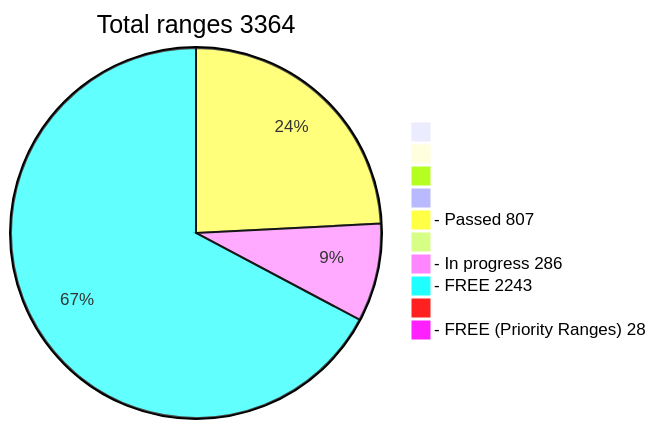
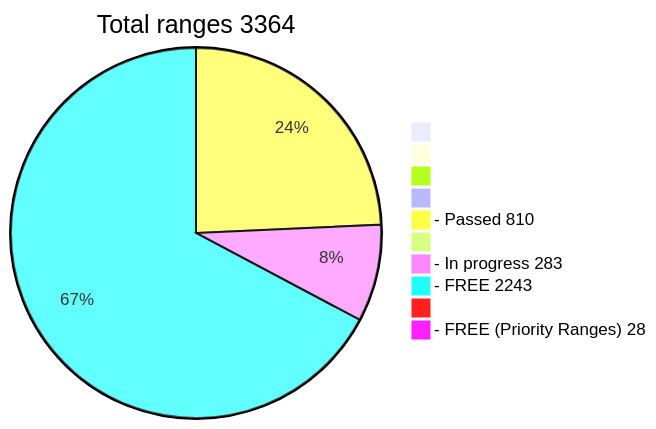
One commit to phrutis/wif500 changed the diagram in README.md. Above: the diagram before and after it, drawn with Mermaid.

````diff
--- a/README.md
+++ b/README.md
@@ -16,13 +16,13 @@
 ```mermaid
 pie title Total ranges 3364
              " " : 0
             "  " : 0
            "   " : 0
           "    " : 0
-  "- Passed 807" : 807
+  "- Passed 810" : 810
          "     " : 0
-  "- In progress 286" : 286
+  "- In progress 283" : 283
    "- FREE 2243" : 2243
         "      " : 0
   "- FREE (Priority Ranges) 28" : 28
 ```
````
